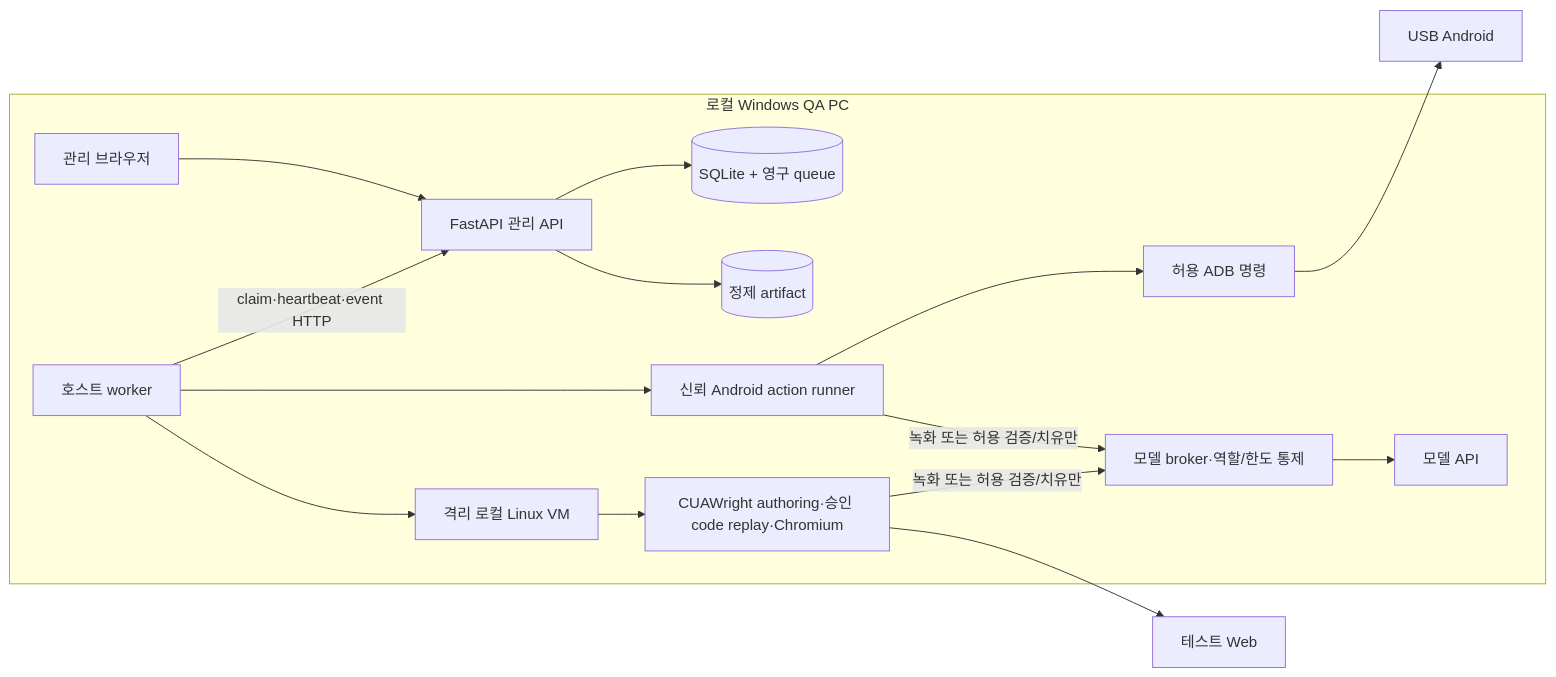
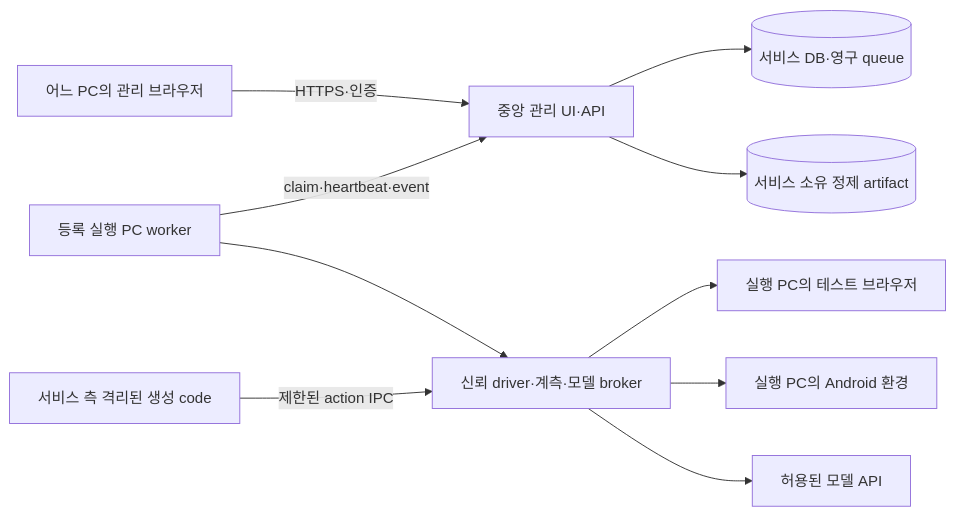
One commit to mrt1847-test/ai-qa-platform changed the diagram in DESIGN.md. Above: the diagram before and after it, drawn with Mermaid. The commit also changed other lines of this file and 76 other files, not shown here.

````diff
--- a/DESIGN.md
+++ b/DESIGN.md
@@ -99,18 +101,12 @@
 ```mermaid
 flowchart LR
-  subgraph PC[로컬 Windows QA PC]
-    UI[관리 브라우저] --> API[FastAPI 관리 API]
-    API --> DB[(SQLite + 영구 queue)]
-    API --> FS[(정제 artifact)]
-    W[호스트 worker] -->|claim·heartbeat·event HTTP| API
-    W --> AND[신뢰 Android action runner]
-    AND --> ADB[허용 ADB 명령]
-    W --> VM[격리 로컬 Linux VM]
-    VM --> WEB[CUAWright authoring·승인 code replay·Chromium]
-    G[모델 broker·역할/한도 통제] --> MODEL[모델 API]
-    AND -->|녹화 또는 허용 검증/치유만| G
-    WEB -->|녹화 또는 허용 검증/치유만| G
-  end
-  ADB --> PHONE[USB Android]
-  WEB --> TARGET[테스트 Web]
+  U[어느 PC의 관리 브라우저] -->|HTTPS·인증| API[중앙 관리 UI·API]
+  API --> DB[(서비스 DB·영구 queue)]
+  API --> FS[(서비스 소유 정제 artifact)]
+  W[등록 실행 PC worker] -->|claim·heartbeat·event| API
+  W --> D[신뢰 driver·계측·모델 broker]
+  D --> WEB[실행 PC의 테스트 브라우저]
+  D --> AND[실행 PC의 Android 환경]
+  D --> MODEL[허용된 모델 API]
+  S[서비스 측 격리된 생성 code] -->|제한된 action IPC| D
 ```
````
